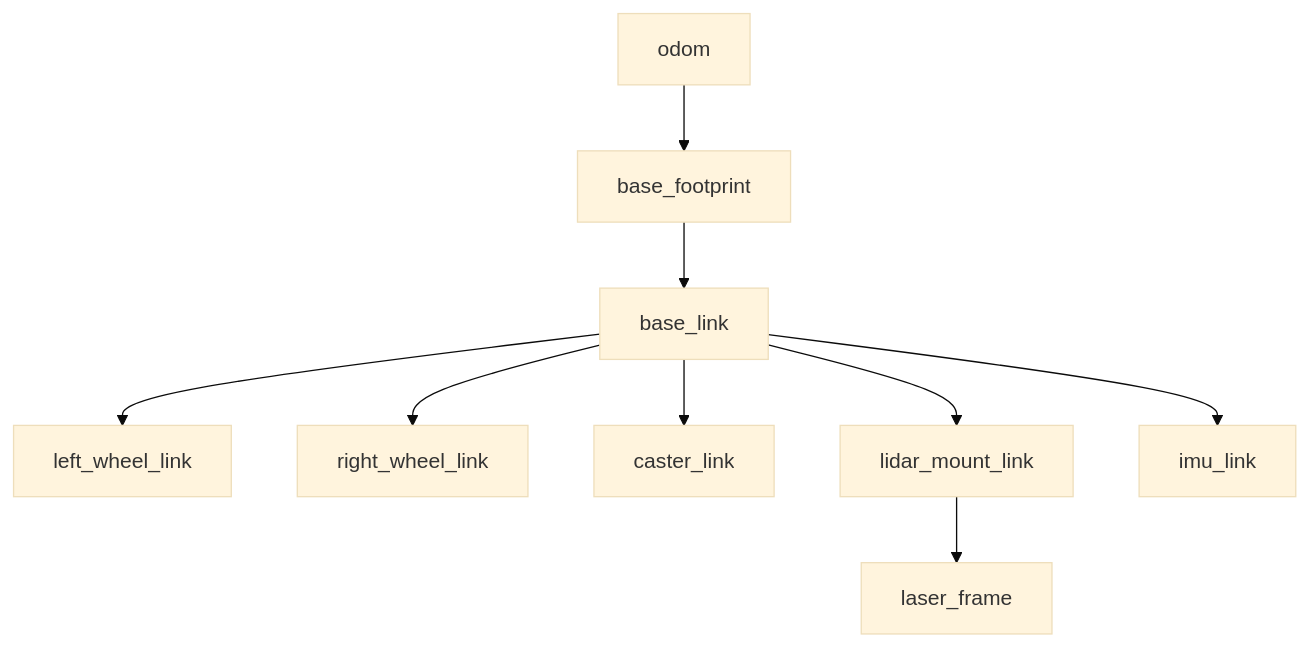
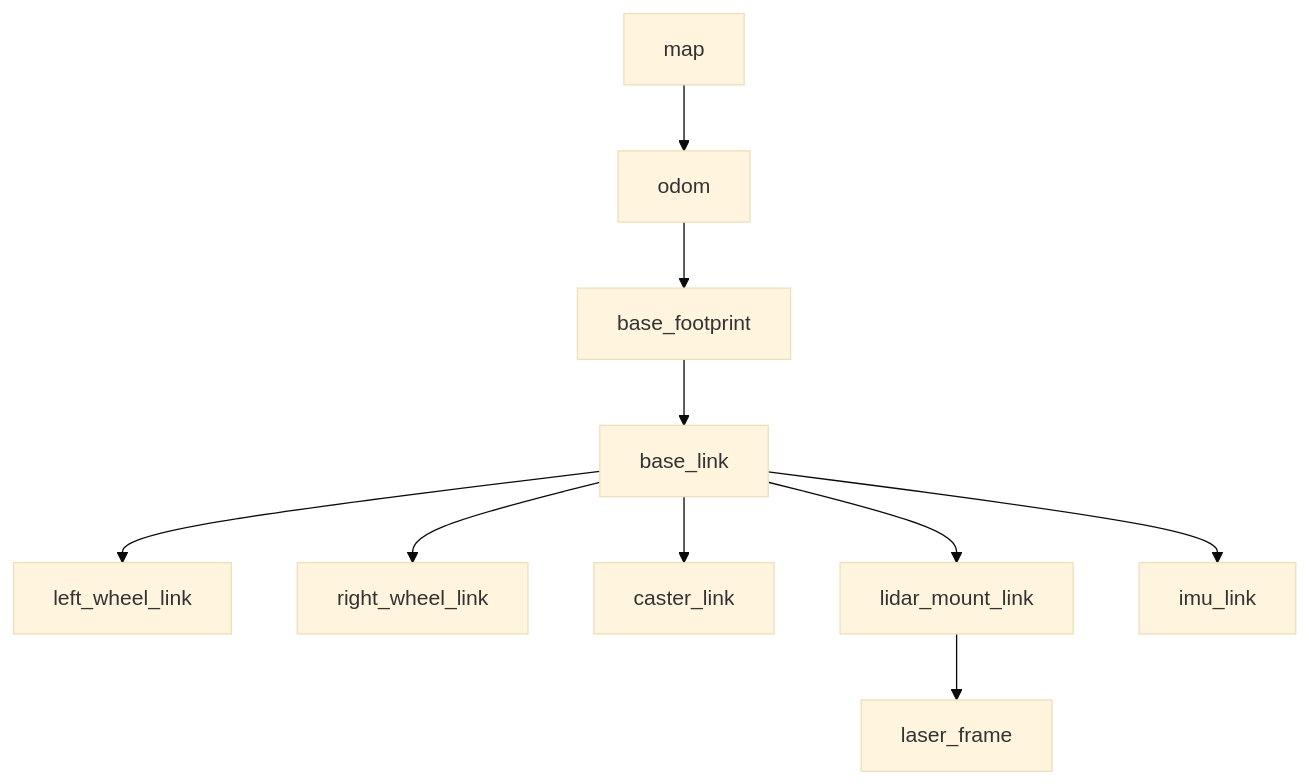
One commit to Nikhil-Jangid/smart-factory-amr changed the third of 3 diagrams in README.md. Above: the diagram before and after it, drawn with Mermaid (base theme). The commit also changed other lines of this file and 24 other files, not shown here.

````diff
--- a/README.md
+++ b/README.md
@@ -153,9 +165,9 @@
 ```mermaid
 flowchart TD
-  odom --> base_footprint --> base_link
+  map --> odom --> base_footprint --> base_link
   base_link --> left_wheel_link
   base_link --> right_wheel_link
   base_link --> caster_link
   base_link --> lidar_mount_link --> laser_frame
   base_link --> imu_link
 ```
````
